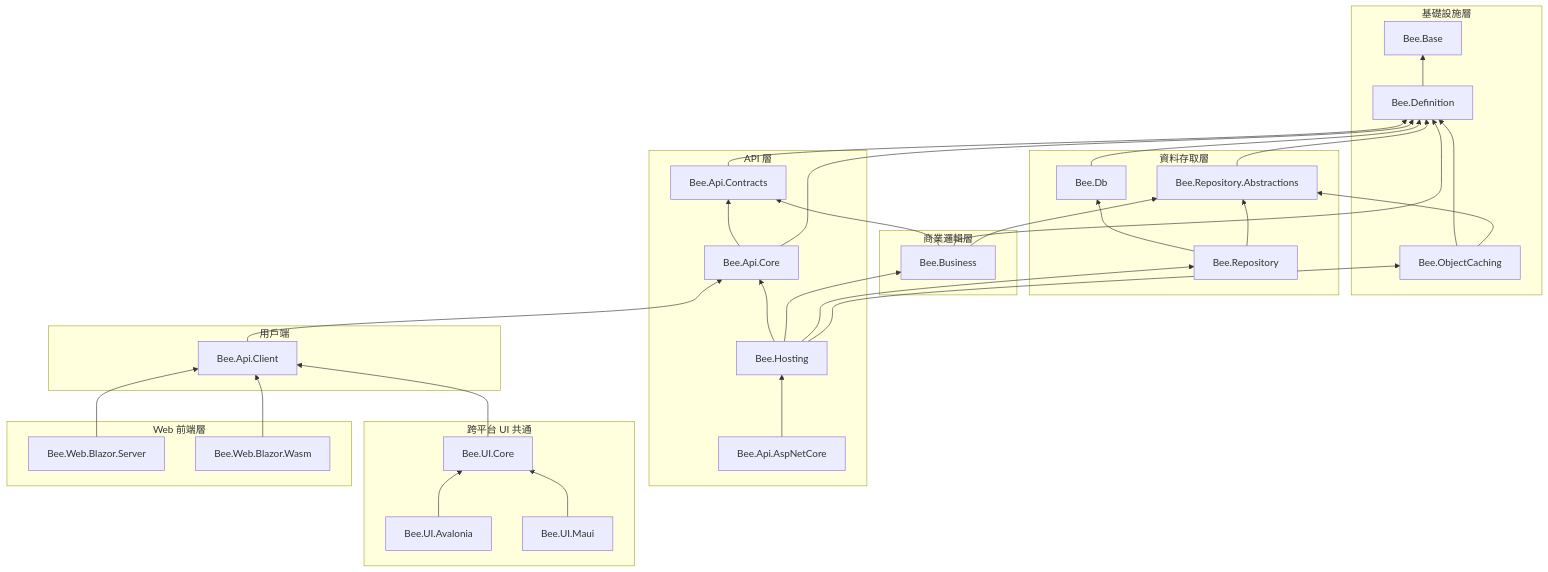
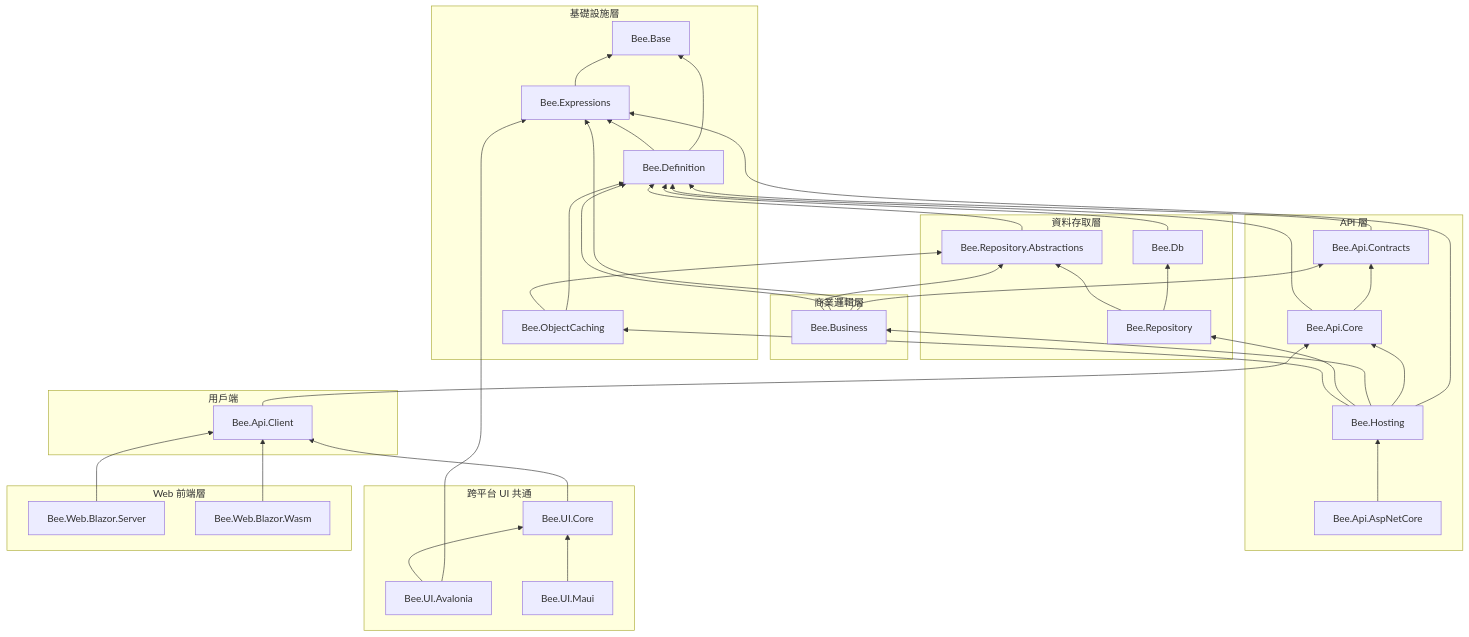
One commit to jeff377/bee-library changed the diagram in docs/dependency-map.zh-TW.md. Above: the diagram before and after it, drawn with Mermaid. The commit also changed other lines of this file and 6 other files, not shown here.

First line of the commit message:
fix(release): 補 Bee.Expressions 至 CI/發佈 pack 清單 + docs 同步新套件

````diff
--- a/docs/dependency-map.zh-TW.md
+++ b/docs/dependency-map.zh-TW.md
@@ -11,65 +11,71 @@
 ```mermaid
 graph BT
   subgraph 基礎設施層
     Base["Bee.Base"]
+    Expressions["Bee.Expressions"]
     Definition["Bee.Definition"]
     Caching["Bee.ObjectCaching"]
   end
 
   subgraph 資料存取層
     RepoAbs["Bee.Repository.Abstractions"]
     Db["Bee.Db"]
     Repo["Bee.Repository"]
   end
 
   subgraph 商業邏輯層
     Business["Bee.Business"]
   end
 
   subgraph API 層
     Contracts["Bee.Api.Contracts"]
     Core["Bee.Api.Core"]
     Hosting["Bee.Hosting"]
     AspNet["Bee.Api.AspNetCore"]
   end
 
   subgraph 用戶端
     Client["Bee.Api.Client"]
   end
 
   subgraph 跨平台 UI 共通
     UICore["Bee.UI.Core"]
     UIAvalonia["Bee.UI.Avalonia"]
     UIMaui["Bee.UI.Maui"]
   end
 
   subgraph Web 前端層
     BlazorSrv["Bee.Web.Blazor.Server"]
     BlazorWasm["Bee.Web.Blazor.Wasm"]
   end
 
   Definition --> Base
+  Expressions --> Base
+  Definition --> Expressions
+  Business --> Expressions
+  Hosting --> Expressions
+  UIAvalonia --> Expressions
   Contracts --> Definition
   Db --> Definition
   RepoAbs --> Definition
   Caching --> Definition
   Caching --> RepoAbs
   Business --> Contracts
   Business --> Definition
   Business --> RepoAbs
   Repo --> Db
   Repo --> RepoAbs
   Core --> Contracts
   Core --> Definition
   Hosting --> Core
   Hosting --> Business
   Hosting --> Repo
   Hosting --> Caching
   AspNet --> Hosting
   Client --> Core
   UICore --> Client
   UIAvalonia --> UICore
   UIMaui --> UICore
   BlazorSrv --> Client
   BlazorWasm --> Client
 ```
````
